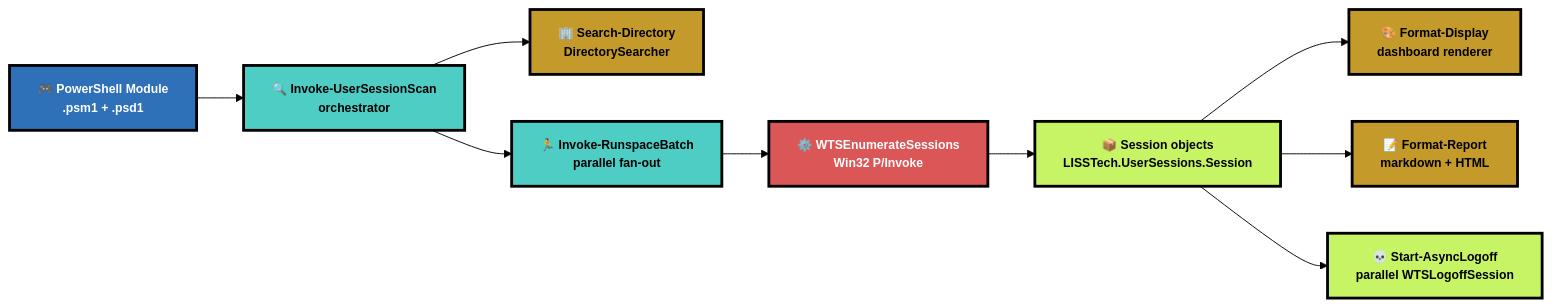
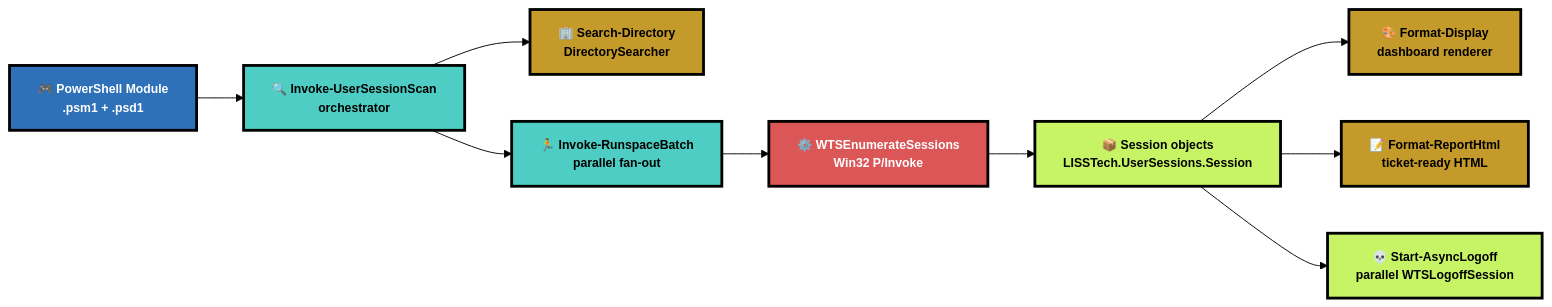
Before and after one commit to LISSConsulting/LISSTech.UserSessions: the first of 3 diagrams in README.md, drawn with Mermaid. The commit also changed other lines of this file and 15 other files, not shown here.

````diff
--- a/README.md
+++ b/README.md
@@ -48,24 +48,24 @@
 ```mermaid
 %%{init: {'theme': 'base', 'themeVariables': {'fontFamily': 'monospace', 'fontSize': '13px', 'primaryColor': '#2E71B8', 'primaryBorderColor': '#000', 'primaryTextColor': '#000', 'lineColor': '#000'}}}%%
 graph LR
     A["🎮 PowerShell Module<br/>.psm1 + .psd1"] --> B["🔍 Invoke-UserSessionScan<br/>orchestrator"]
     B --> C["🏢 Search-Directory<br/>DirectorySearcher"]
     B --> D["🏃 Invoke-RunspaceBatch<br/>parallel fan-out"]
     D --> E["⚙️ WTSEnumerateSessions<br/>Win32 P/Invoke"]
     E --> F["📦 Session objects<br/>LISSTech.UserSessions.Session"]
     F --> G["🎨 Format-Display<br/>dashboard renderer"]
-    F --> H["📝 Format-Report<br/>markdown + HTML"]
+    F --> H["📝 Format-ReportHtml<br/>ticket-ready HTML"]
     F --> I["💀 Start-AsyncLogoff<br/>parallel WTSLogoffSession"]
 
     classDef blue fill:#2E71B8,stroke:#000,stroke-width:3px,color:#fff,font-weight:bold
     classDef mint fill:#4ECDC4,stroke:#000,stroke-width:3px,color:#000,font-weight:bold
     classDef amber fill:#C49A2A,stroke:#000,stroke-width:3px,color:#000,font-weight:bold
     classDef red fill:#DA5657,stroke:#000,stroke-width:3px,color:#fff,font-weight:bold
     classDef green fill:#C7F464,stroke:#000,stroke-width:3px,color:#000,font-weight:bold
 
     class A blue
     class B,D mint
     class C,G,H amber
     class E red
     class F,I green
 ```
````
